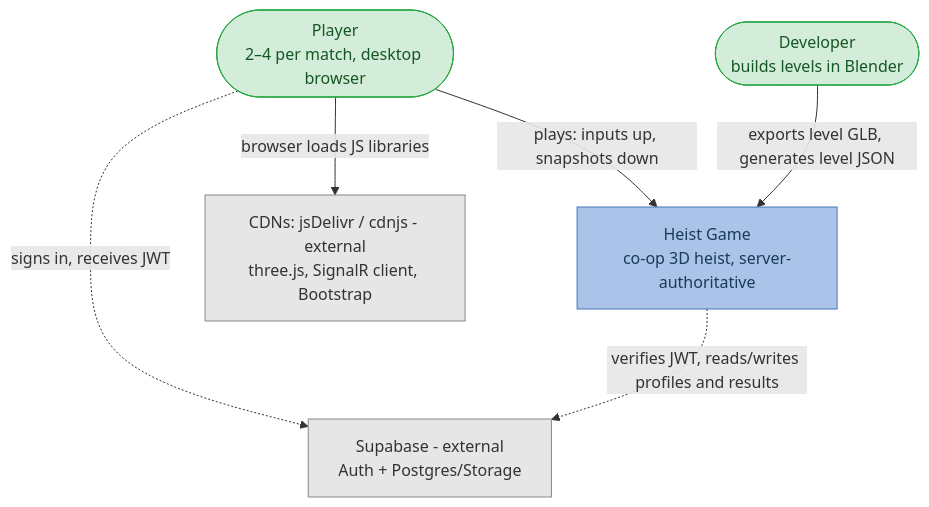
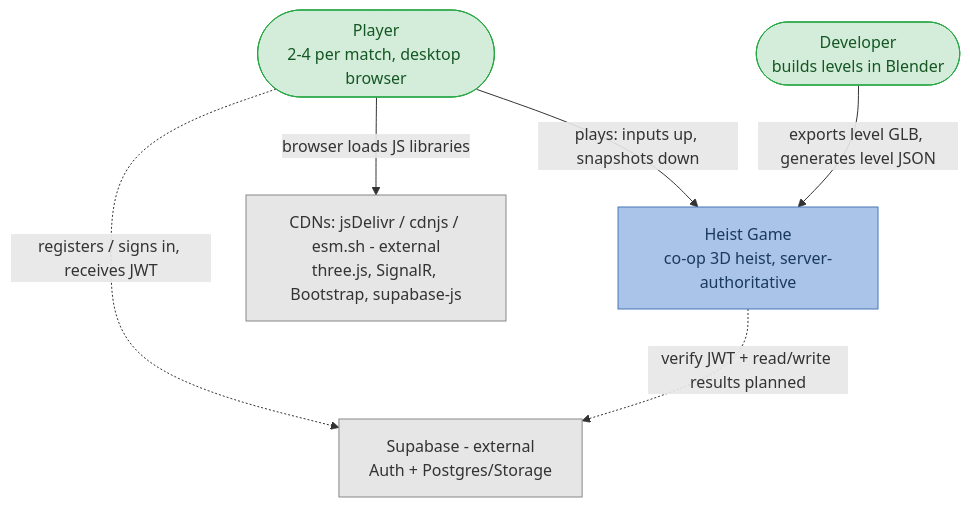
The first of 4 diagrams in README.md (esway001/cen5064-project-swayne), drawn with Mermaid before and after one commit. The commit also changed other lines of this file, not shown here.

First line of the commit message:
Enhance README with gameplay instructions and architecture details

````diff
--- a/README.md
+++ b/README.md
@@ -65,24 +80,24 @@
 ```mermaid
 flowchart TB
-    player([Player<br/>2–4 per match, desktop browser])
+    player([Player<br/>2-4 per match, desktop browser])
     dev([Developer<br/>builds levels in Blender])
  
     heist[Heist Game<br/>co-op 3D heist, server-authoritative]
  
     supabase[Supabase - external<br/>Auth + Postgres/Storage]
-    cdn[CDNs: jsDelivr / cdnjs - external<br/>three.js, SignalR client, Bootstrap]
+    cdn[CDNs: jsDelivr / cdnjs / esm.sh - external<br/>three.js, SignalR, Bootstrap, supabase-js]
  
     player -->|plays: inputs up, snapshots down| heist
-    player -.->|signs in, receives JWT| supabase
+    player -.->|registers / signs in, receives JWT| supabase
     player -->|browser loads JS libraries| cdn
-    heist -.->|verifies JWT, reads/writes profiles and results| supabase
+    heist -.->|verify JWT + read/write results planned| supabase
     dev -->|exports level GLB, generates level JSON| heist
  
     classDef person fill:#d4edda,stroke:#28a745,color:#155724
     classDef system fill:#a9c4e8,stroke:#4a76b8,color:#1a3a5c
     classDef external fill:#e6e6e6,stroke:#888888,color:#333333
  
     class player,dev person
     class heist system
     class supabase,cdn external
 ```
````
